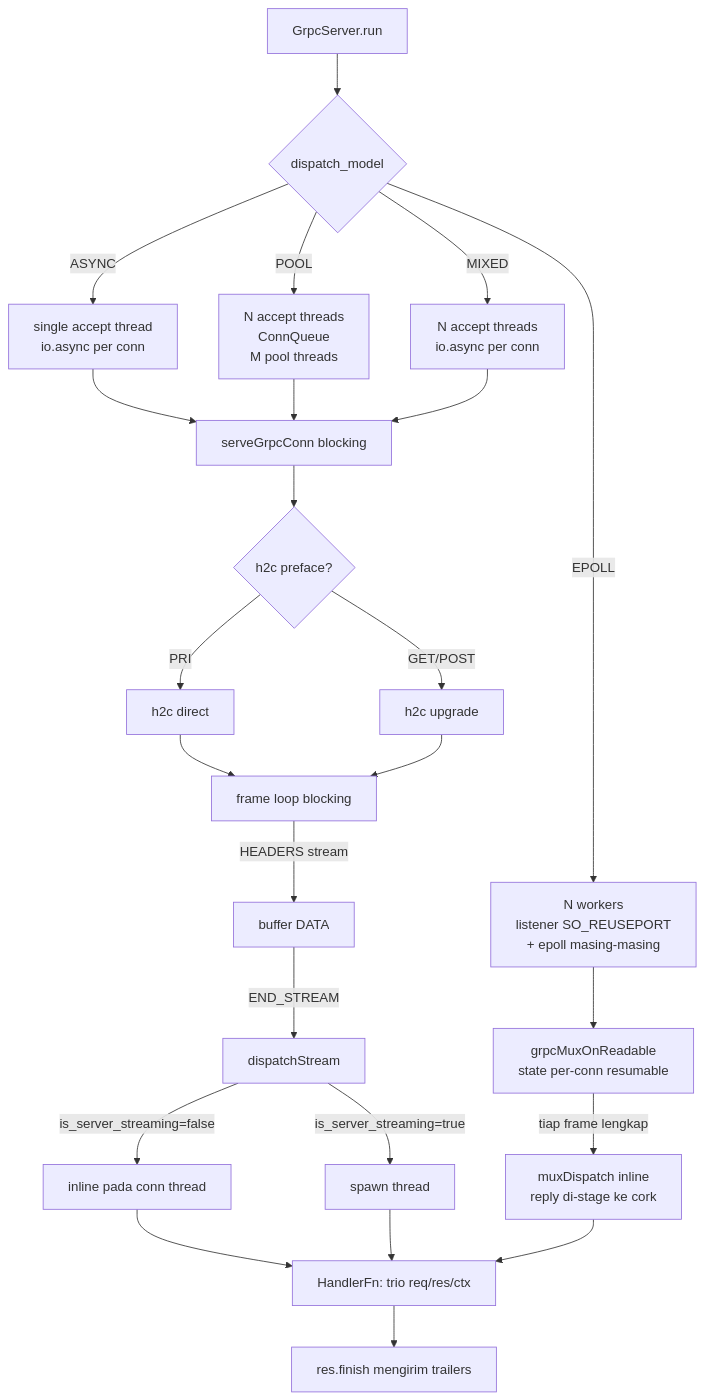
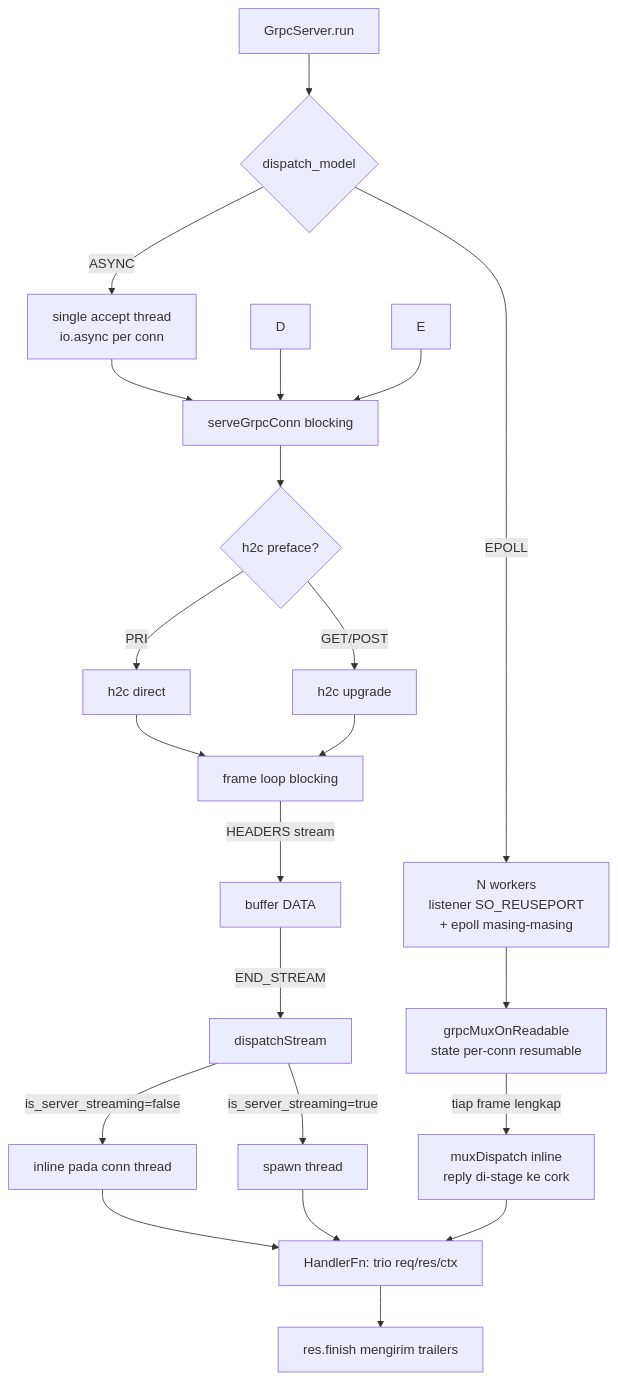
The third of 4 diagrams in docs/hld-grpc-id.md (prothegee/zix), drawn with Mermaid before and after one commit. The commit also changed other lines of this file, not shown here.

Commit message:
drop POOL and MIXED from the grpc hld

````diff
--- a/docs/hld-grpc-id.md
+++ b/docs/hld-grpc-id.md
@@ -344,26 +339,24 @@
 ```mermaid
 flowchart TD
     A[GrpcServer.run] --> B{dispatch_model}
     B -->|ASYNC| C[single accept thread\nio.async per conn]
-    B -->|POOL| D[N accept threads\nConnQueue\nM pool threads]
-    B -->|MIXED| E[N accept threads\nio.async per conn]
     B -->|EPOLL| EP[N workers\nlistener SO_REUSEPORT\n+ epoll masing-masing]
     C --> F[serveGrpcConn blocking]
     D --> F
     E --> F
     EP --> MX[grpcMuxOnReadable\nstate per-conn resumable]
     F --> G{h2c preface?}
     G -->|PRI| H[h2c direct]
     G -->|GET/POST| I[h2c upgrade]
     H --> J[frame loop blocking]
     I --> J
     J -->|HEADERS stream| K[buffer DATA]
     K -->|END_STREAM| L[dispatchStream]
     L -->|is_server_streaming=false| LI[inline pada conn thread]
     L -->|is_server_streaming=true| LS[spawn thread]
     LI --> M[HandlerFn: trio req/res/ctx]
     LS --> M
     MX -->|tiap frame lengkap| MI[muxDispatch inline\nreply di-stage ke cork]
     MI --> M
     M --> N[res.finish mengirim trailers]
 ```
````
